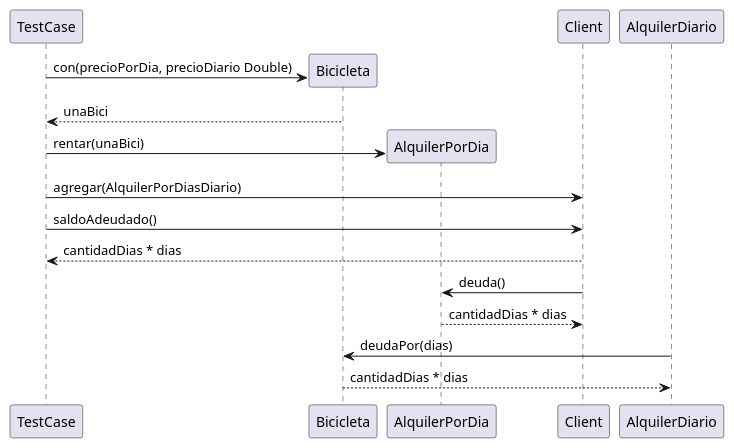
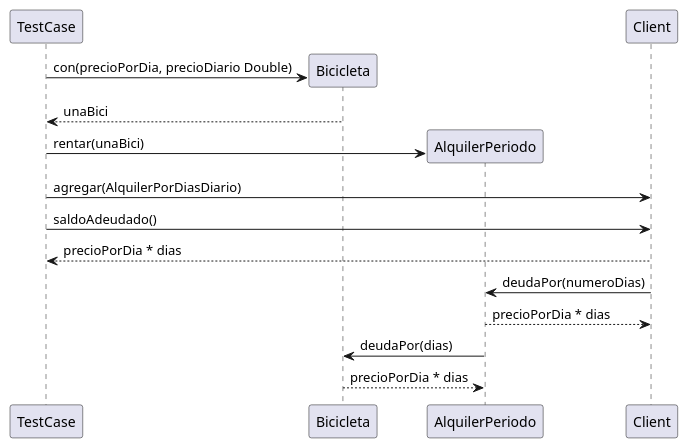
Before and after one commit to fiuba/algo3_simulacro_tn_alquiler_bici: the diagram in media/diagrams/ds_alquiler_por_dias.plantuml, drawn with PlantUML. The commit also changed 4 other files, not shown here.

Commit message:
Agrego código posible solución (código + diagramas)

```diff
--- a/media/diagrams/ds_alquiler_por_dias.plantuml
+++ b/media/diagrams/ds_alquiler_por_dias.plantuml
@@ -1,20 +1,21 @@
 @startuml
 
 TestCase -> Bicicleta ** : con(precioPorDia, precioDiario Double)
 return unaBici
-TestCase -> AlquilerPorDia ** : rentar(unaBici)
+TestCase -> AlquilerPeriodo ** : rentar(unaBici)
 
 TestCase -> Client: agregar(AlquilerPorDiasDiario)
 
 TestCase -> Client: saldoAdeudado()
-return cantidadDias * dias
+return precioPorDia * dias
 
-Client -> AlquilerPorDia: deuda()
-return cantidadDias * dias
+Client -> AlquilerPeriodo: deudaPor(numeroDias)
+return precioPorDia * dias
 
-AlquilerDiario -> Bicicleta: deudaPor(dias)
-return cantidadDias * dias
+
+AlquilerPeriodo -> Bicicleta: deudaPor(dias)
+return precioPorDia * dias
 
 
 
 @enduml 
```
